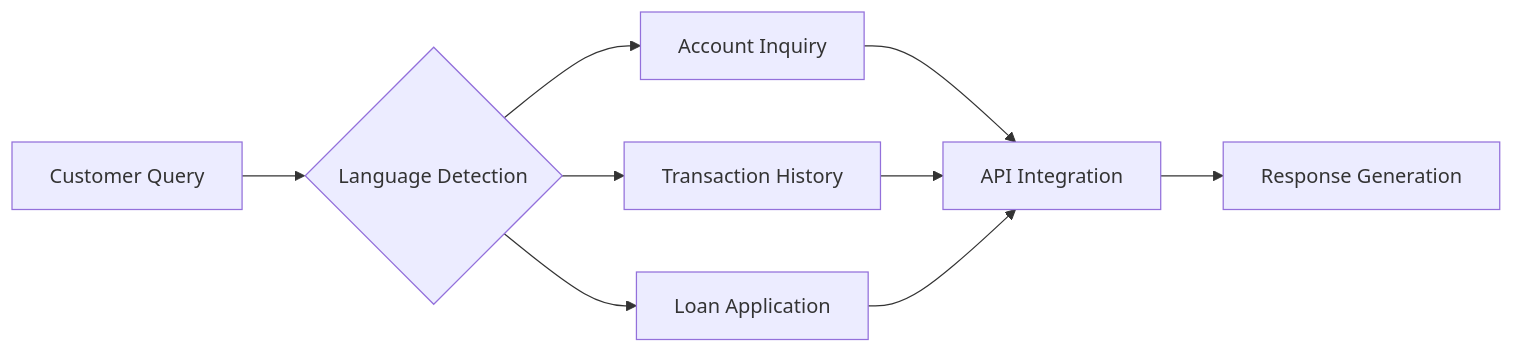
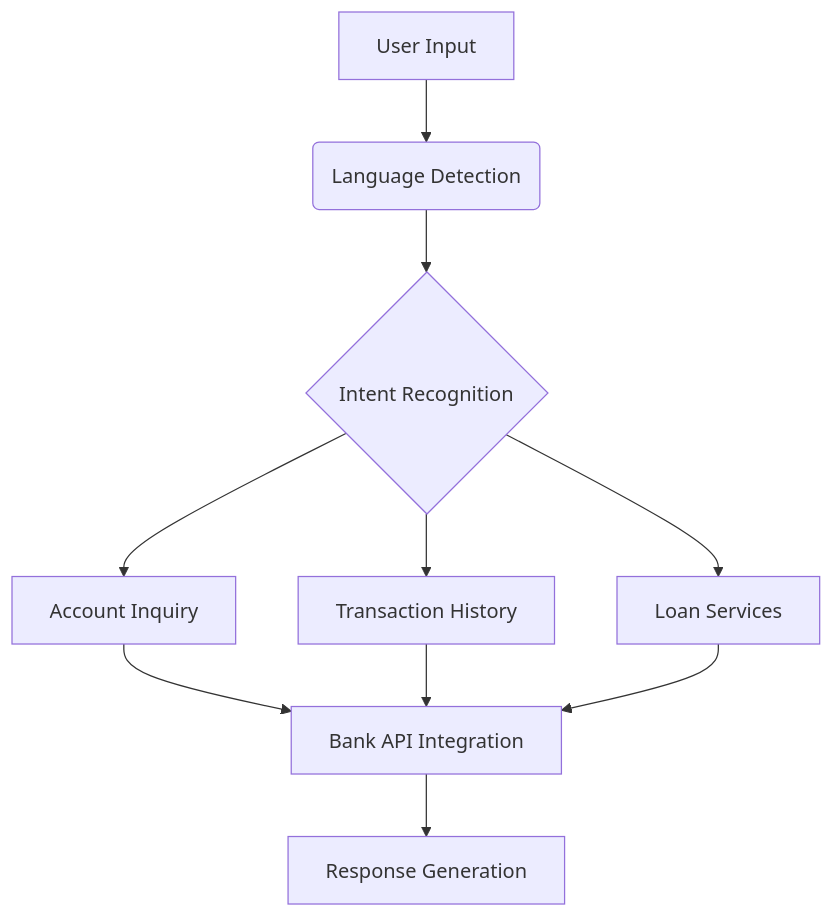
The diagram in README.md (triguiahmed/ELBankeji), drawn with Mermaid before and after one commit. The commit also changed other lines of this file, not shown here.

````diff
--- a/README.md
+++ b/README.md
@@ -43,11 +40,12 @@
-  ```mermaid
-  graph LR
-    A[Customer Query] --> B{Language Detection}
-    B --> C[Account Inquiry]
-    B --> D[Transaction History]
-    B --> E[Loan Application]
-    C --> F[API Integration]
-    D --> F
-    E --> F
-    F --> G[Response Generation]
-  ```
+```mermaid
+graph TD
+    A[User Input] --> B(Language Detection)
+    B --> C{Intent Recognition}
+    C --> D[Account Inquiry]
+    C --> E[Transaction History]
+    C --> F[Loan Services]
+    D --> G[Bank API Integration]
+    E --> G
+    F --> G
+    G --> H[Response Generation]
+```
````
